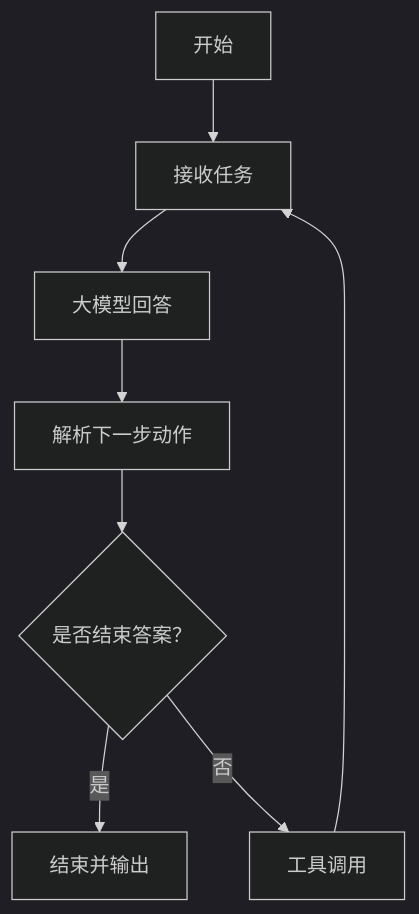
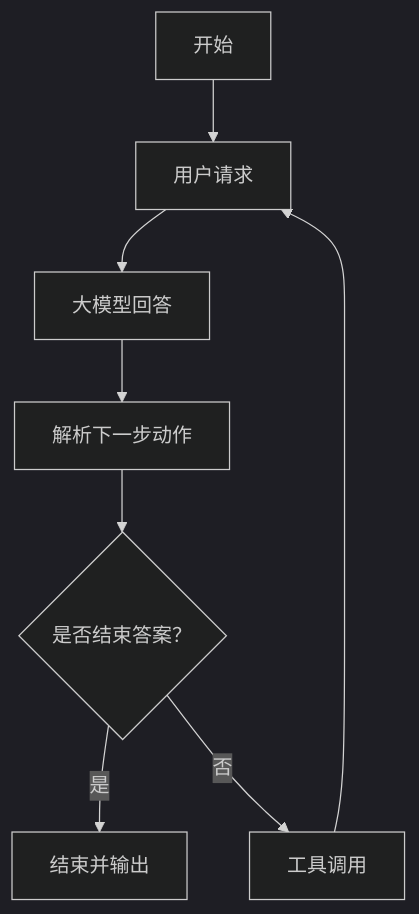
Before and after one commit to etrobot/NanoAgent: the diagram in README_CN.md, drawn with Mermaid (dark theme). The commit also changed other lines of this file and 4 other files, not shown here.

````diff
--- a/README_CN.md
+++ b/README_CN.md
@@ -5,10 +5,10 @@
 ```mermaid
 graph TD
-    A[开始] --> B[接收任务]
+    A[开始] --> B[用户请求]
     B --> C[大模型回答]
     C --> D[解析下一步动作]
     D --> E{是否结束答案？}
     E -- 是 --> F[结束并输出]
     E -- 否 --> G[工具调用]
     G --> B
 ```
````
